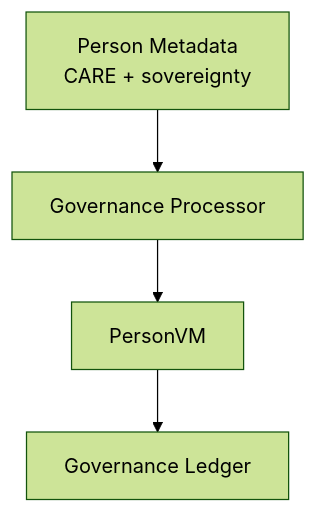
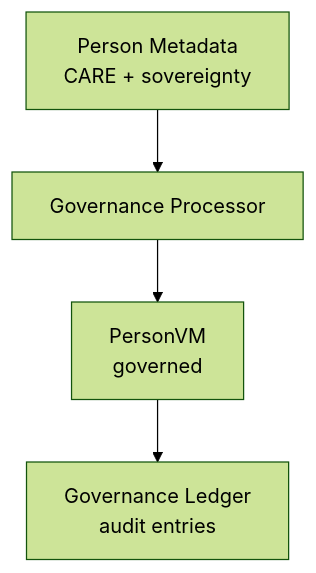
One commit to bartytime4life/Kansas-Frontier-Matrix changed the third of 4 diagrams in web/src/entities/people/README.md. Above: the diagram before and after it, drawn with Mermaid (forest theme). The commit also changed other lines of this file, not shown here.

````diff
--- a/web/src/entities/people/README.md
+++ b/web/src/entities/people/README.md
@@ -157,6 +253,6 @@
-```mermaid
+~~~mermaid
 flowchart TD
     META[Person Metadata<br/>CARE + sovereignty] --> GPROC[Governance Processor]
-    GPROC --> PVM[PersonVM]
-    PVM --> LEDGER[Governance Ledger]
-```
+    GPROC --> PVM[PersonVM<br/>governed]
+    PVM --> LEDGER[Governance Ledger<br/>audit entries]
+~~~
````
